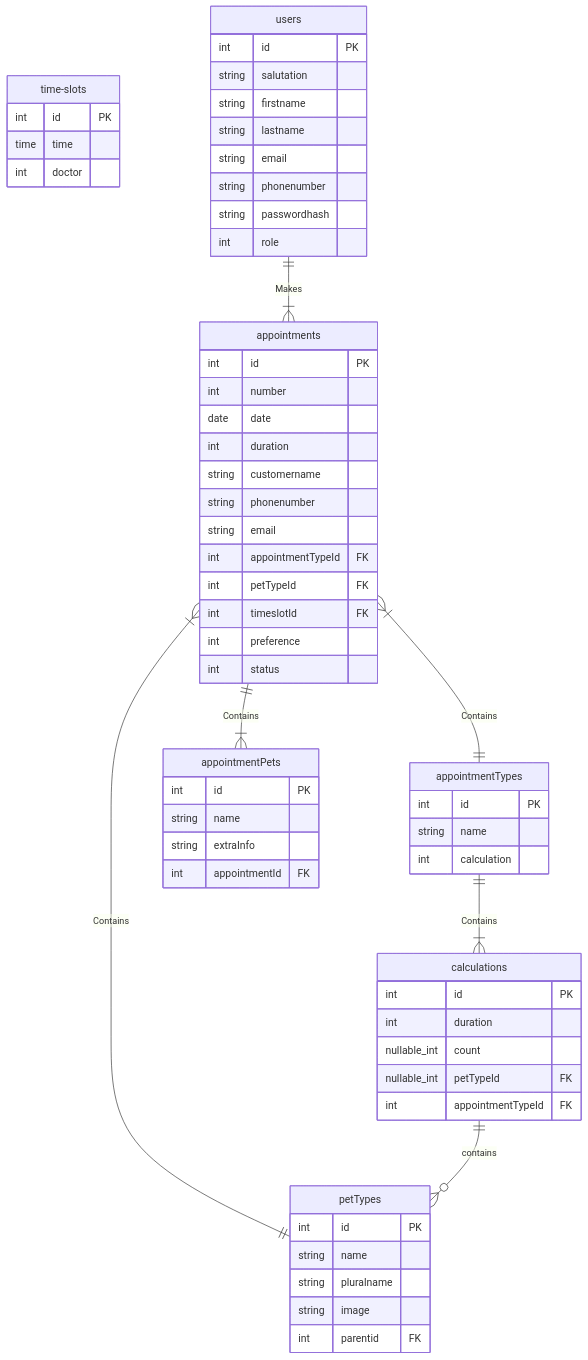
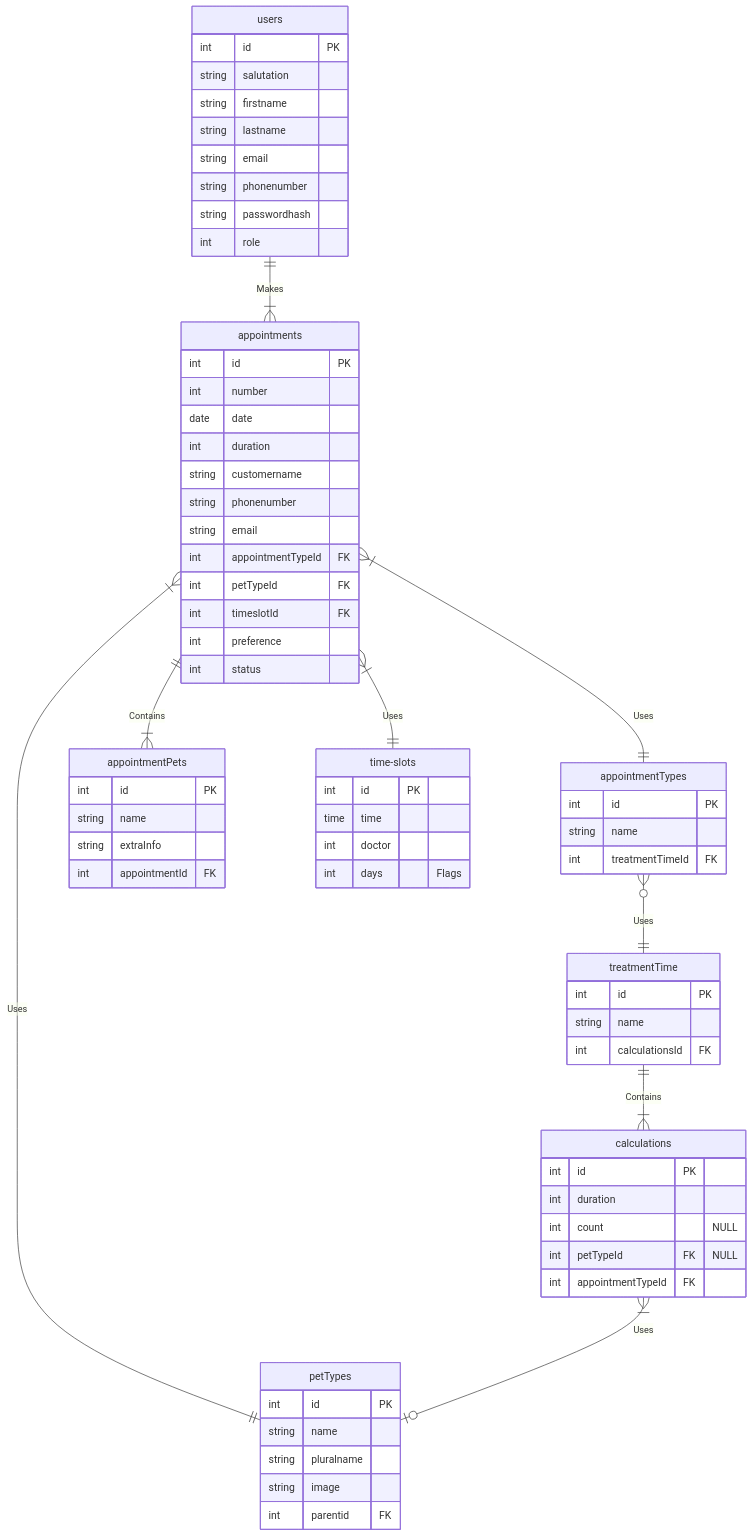
One commit to Educom-Trainees/educom-dierenartsen changed the diagram in BackendASP/Designs/mermaiderd.md. Above: the diagram before and after it, drawn with Mermaid. The commit also changed 25 other files, not shown here.

Commit message:
added appointmentTypesController, Updated Mermaid, added AppointmentType(DTO), TreatmentTime(DTO), Calculation(DTO) and flattened them

````diff
--- a/BackendASP/Designs/mermaiderd.md
+++ b/BackendASP/Designs/mermaiderd.md
@@ -1,69 +1,79 @@
 ```mermaid
 erDiagram
-    appointments }|--|| petTypes : Contains
-    appointments }|--|| appointmentTypes : Contains
+    appointments }|--|| petTypes : Uses
+    appointments }|--|| appointmentTypes : Uses
     appointments ||--|{ appointmentPets : Contains
+    appointments }|--|| time-slots : Uses
     appointments {
         int    id        PK
         int number
         date date
         int duration
         string customername
         string phonenumber
         string email
         int appointmentTypeId      FK
         int petTypeId              FK       
         int timeslotId FK
         int preference 
         int status
     }    
+    
     petTypes
     petTypes {
         int    id                PK
         string name           
         string pluralname 
         string image
         int parentid FK
     } 
 
-    appointmentTypes ||--|{ calculations : Contains
-    appointmentTypes {
-        int    id                PK
-        string name
-        int calculation 
-    } 
-
     time-slots {
         int    id                PK
         time time
         int doctor    
+        int days "Flags"
     }
 
     users ||--|{ appointments : Makes
     users {
         int    id                PK
         string salutation
         string firstname
         string lastname
         string email
         string phonenumber
         string passwordhash
         int role
     }
 
     appointmentPets {
         int id          PK
         string name
         string extraInfo
         int appointmentId FK
     }
 
-    calculations ||--o{ petTypes : contains 
+    appointmentTypes }o--|| treatmentTime : Uses
+    appointmentTypes {
+        int    id                PK
+        string name
+        int treatmentTimeId         FK
+    } 
+
+    treatmentTime ||--|{ calculations : Contains
+    treatmentTime {
+        int id PK
+        string name
+        int calculationsId FK
+    }
+
+    calculations }|--o| petTypes : Uses 
     calculations {
         int id              PK
         int duration
-        nullable_int count
-        nullable_int petTypeId         FK
+        int count "NULL"
+        int petTypeId         FK "NULL"
         int appointmentTypeId          FK
     }
 ```
````
